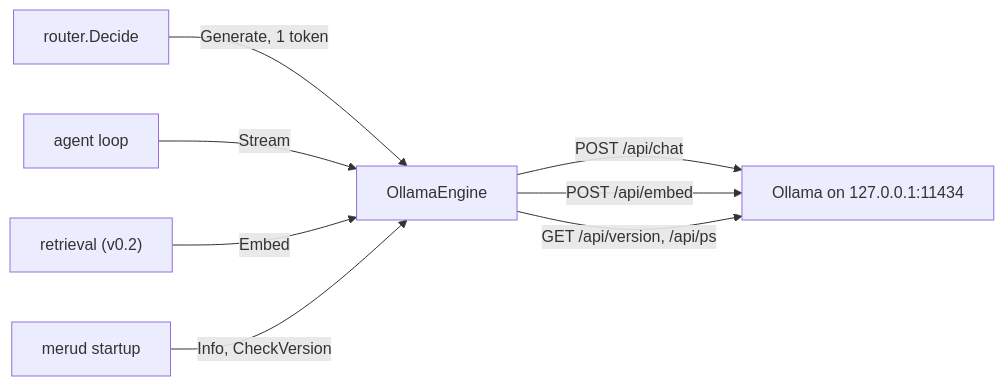
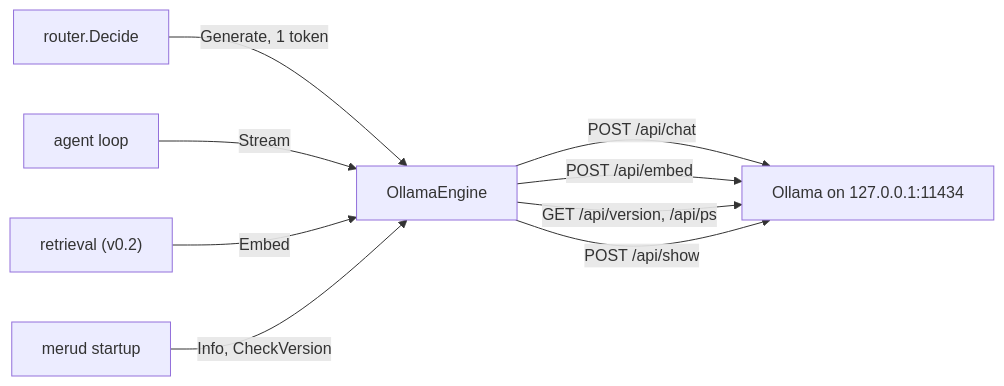
Before and after one commit to aarora79/meru: the diagram in docs/coding-notes/engine.md, drawn with Mermaid. The commit also changed other lines of this file and 11 other files, not shown here.

````diff
--- a/docs/coding-notes/engine.md
+++ b/docs/coding-notes/engine.md
@@ -18,10 +19,11 @@
 ```mermaid
 flowchart LR
     router["router.Decide"] -->|Generate, 1 token| E
     agent["agent loop"] -->|Stream| E
     retrieval["retrieval (v0.2)"] -->|Embed| E
     merud["merud startup"] -->|Info, CheckVersion| E
     E["OllamaEngine"] -->|POST /api/chat| O["Ollama on 127.0.0.1:11434"]
     E -->|POST /api/embed| O
     E -->|GET /api/version, /api/ps| O
+    E -->|POST /api/show| O
 ```
````
